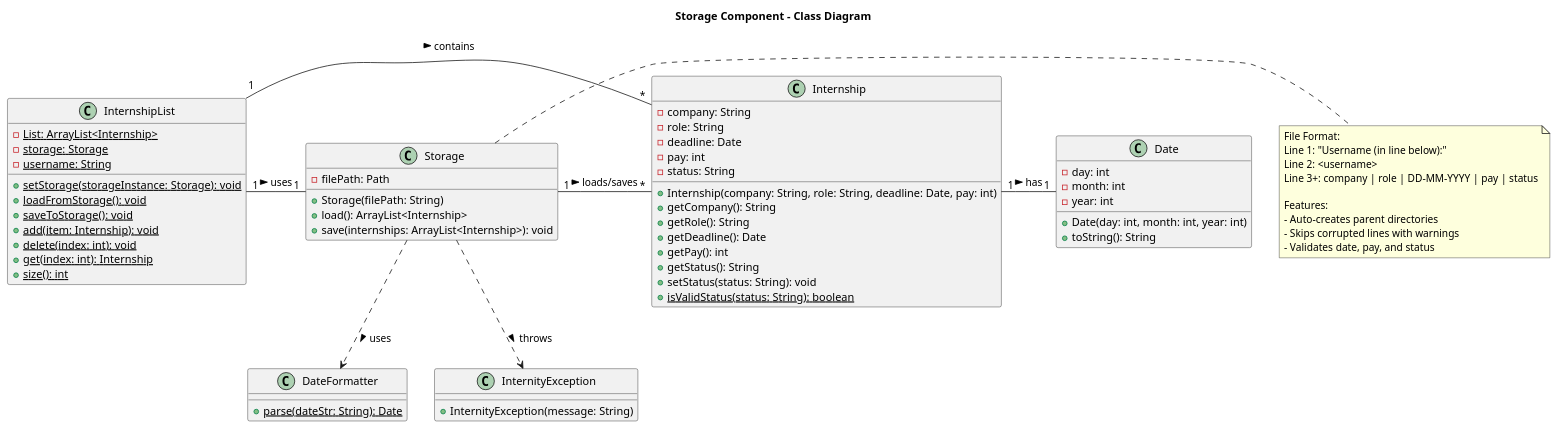
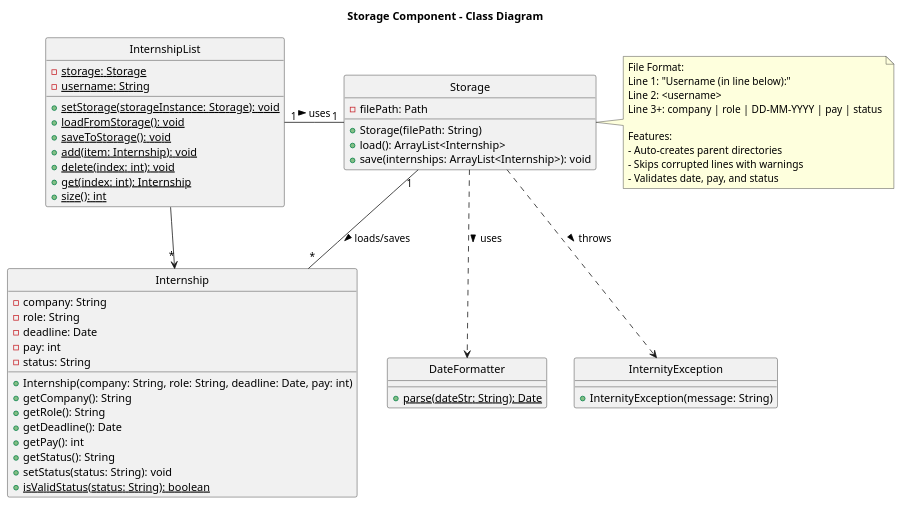
One commit to AY2526S1-CS2113-W14-4/tp changed the diagram in docs/diagrams/StorageCD.puml. Above: the diagram before and after it, drawn with PlantUML. The commit also changed 9 other files, not shown here.

Commit message:
Update diagrams

```diff
--- a/docs/diagrams/StorageCD.puml
+++ b/docs/diagrams/StorageCD.puml
@@ -1,79 +1,68 @@
 @startuml
 title Storage Component - Class Diagram
-
+hide circle
 class Storage {
     - filePath: Path
     __
     + Storage(filePath: String)
     + load(): ArrayList<Internship>
     + save(internships: ArrayList<Internship>): void
 }
 
 class InternshipList {
-    - {static} List: ArrayList<Internship>
     - {static} storage: Storage
     - {static} username: String
     __
     + {static} setStorage(storageInstance: Storage): void
     + {static} loadFromStorage(): void
     + {static} saveToStorage(): void
     + {static} add(item: Internship): void
     + {static} delete(index: int): void
     + {static} get(index: int): Internship
     + {static} size(): int
 }
 
 class Internship {
     - company: String
     - role: String
     - deadline: Date
     - pay: int
     - status: String
     __
     + Internship(company: String, role: String, deadline: Date, pay: int)
     + getCompany(): String
     + getRole(): String
     + getDeadline(): Date
     + getPay(): int
     + getStatus(): String
     + setStatus(status: String): void
     + {static} isValidStatus(status: String): boolean
 }
 
-class Date {
-    - day: int
-    - month: int
-    - year: int
-    __
-    + Date(day: int, month: int, year: int)
-    + toString(): String
-}
-
 class DateFormatter {
     + {static} parse(dateStr: String): Date
 }
 
 class InternityException {
     + InternityException(message: String)
 }
 
 note right of Storage
   File Format:
   Line 1: "Username (in line below):"
   Line 2: <username>
   Line 3+: company | role | DD-MM-YYYY | pay | status
 
   Features:
   - Auto-creates parent directories
   - Skips corrupted lines with warnings
   - Validates date, pay, and status
 end note
 
 Storage "1" - "*" Internship : loads/saves >
 Storage ..> DateFormatter : uses >
 Storage ..> InternityException : throws >
 InternshipList "1" - "1" Storage : uses >
-InternshipList "1" - "*" Internship : contains >
-Internship "1" - "1" Date : has >
+InternshipList --> "*" Internship
 
 @enduml
```
